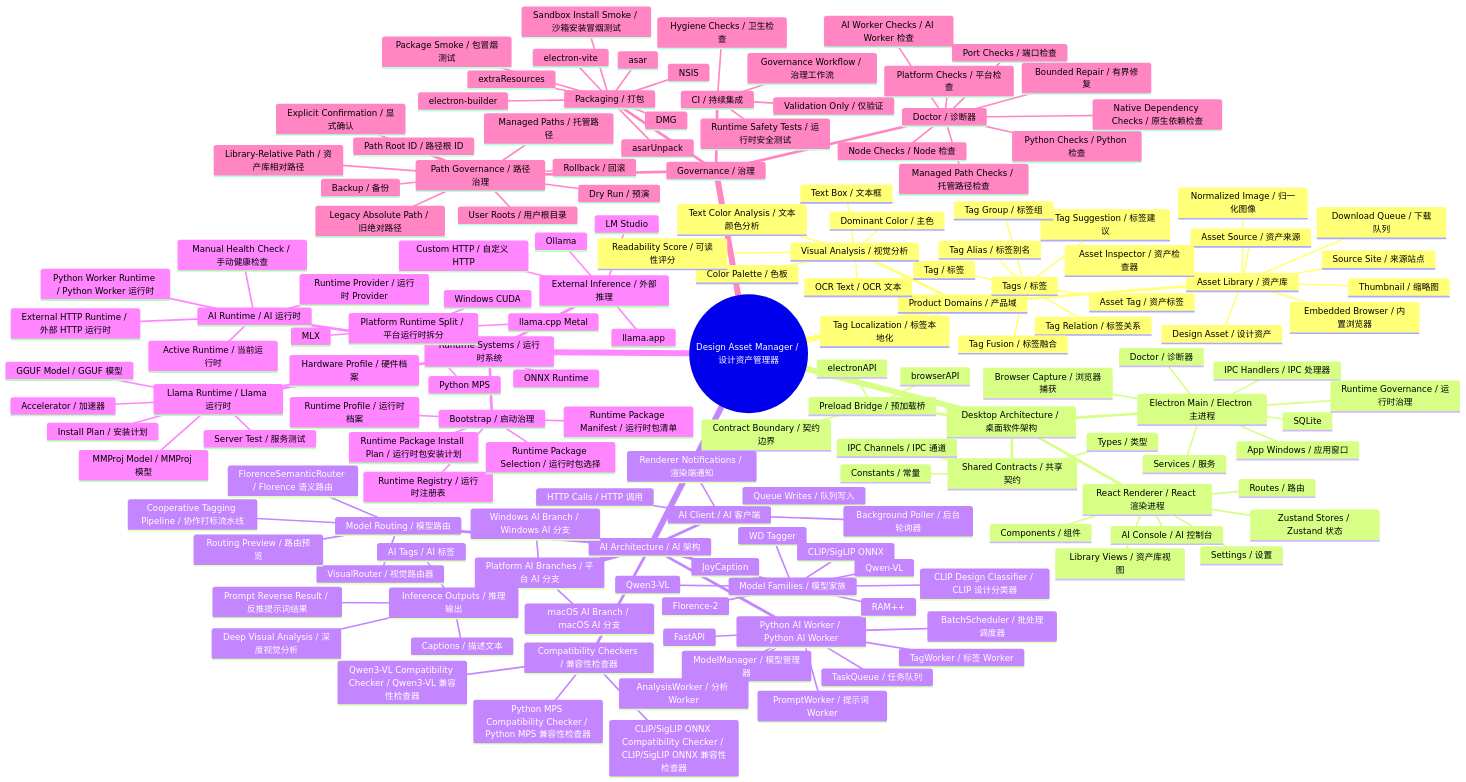
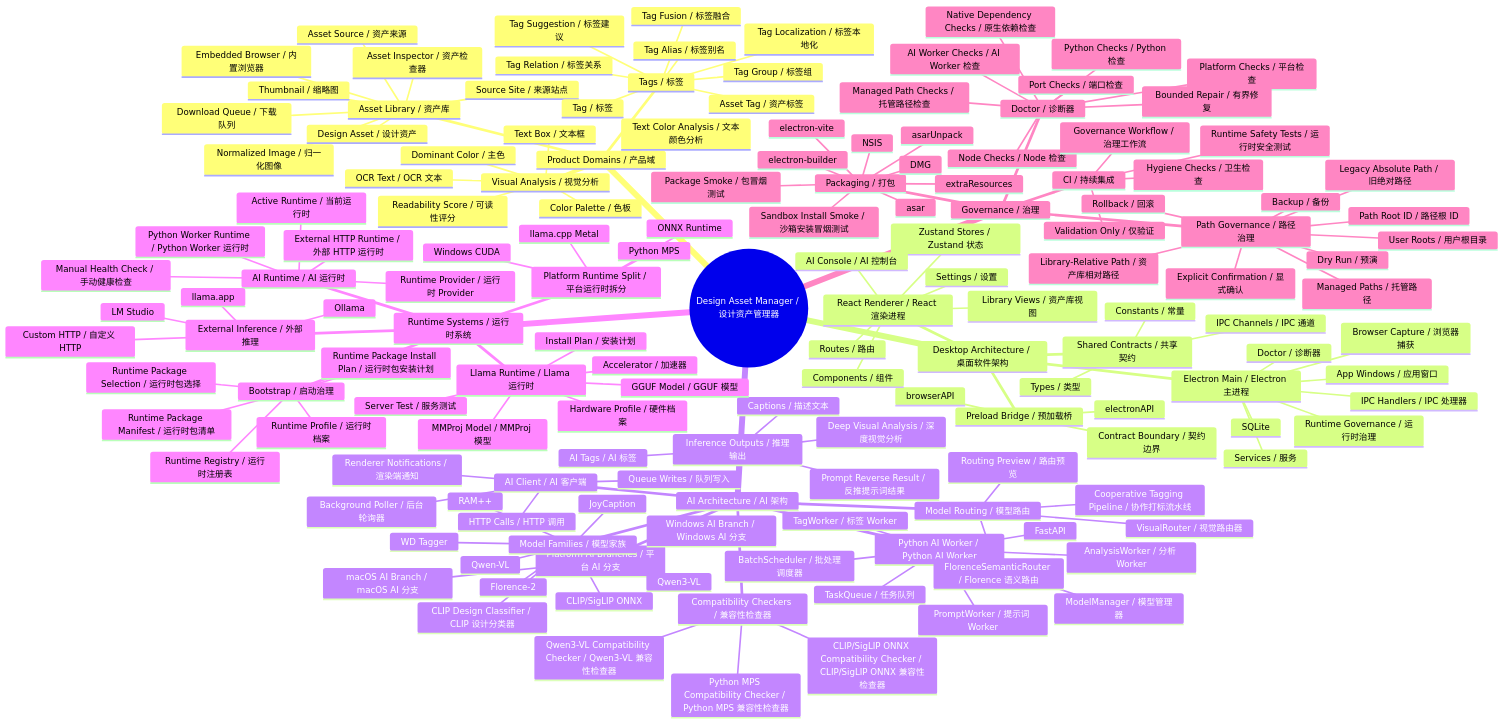
The first of 6 diagrams in docs/architecture-mindmap.md (zhr0210/design-asset-manager), drawn with Mermaid before and after one commit. The commit also changed other lines of this file and 3354 other files, not shown here.

```diff
--- a/docs/architecture-mindmap.md
+++ b/docs/architecture-mindmap.md
@@ -130,7 +135,6 @@
         Python MPS
         ONNX Runtime
         llama.cpp Metal
-        MLX
       External Inference / 外部推理
         Ollama
         LM Studio
```
